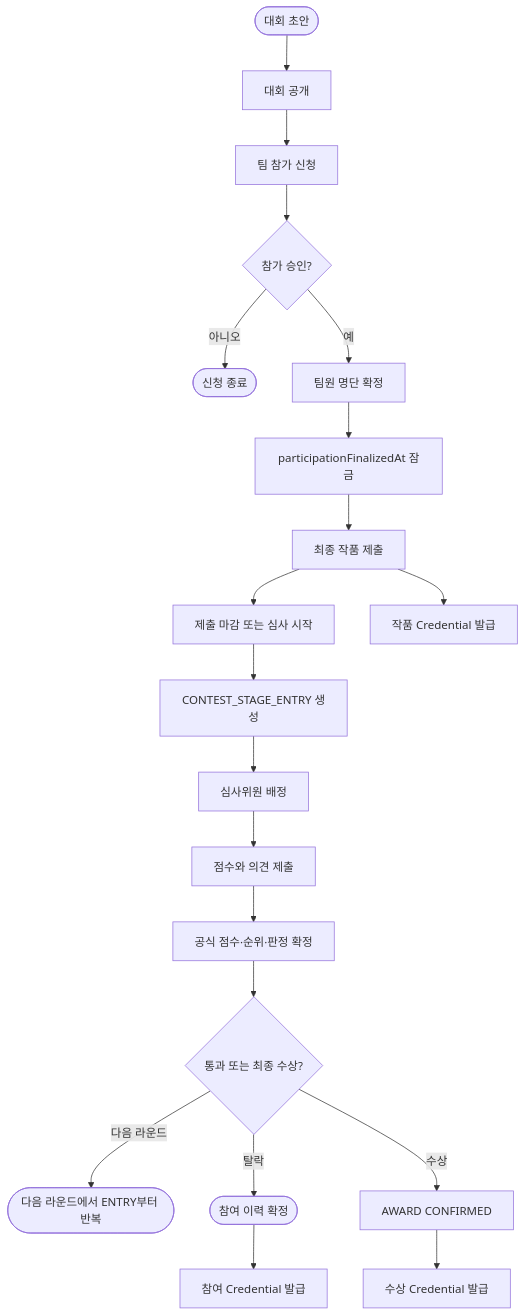
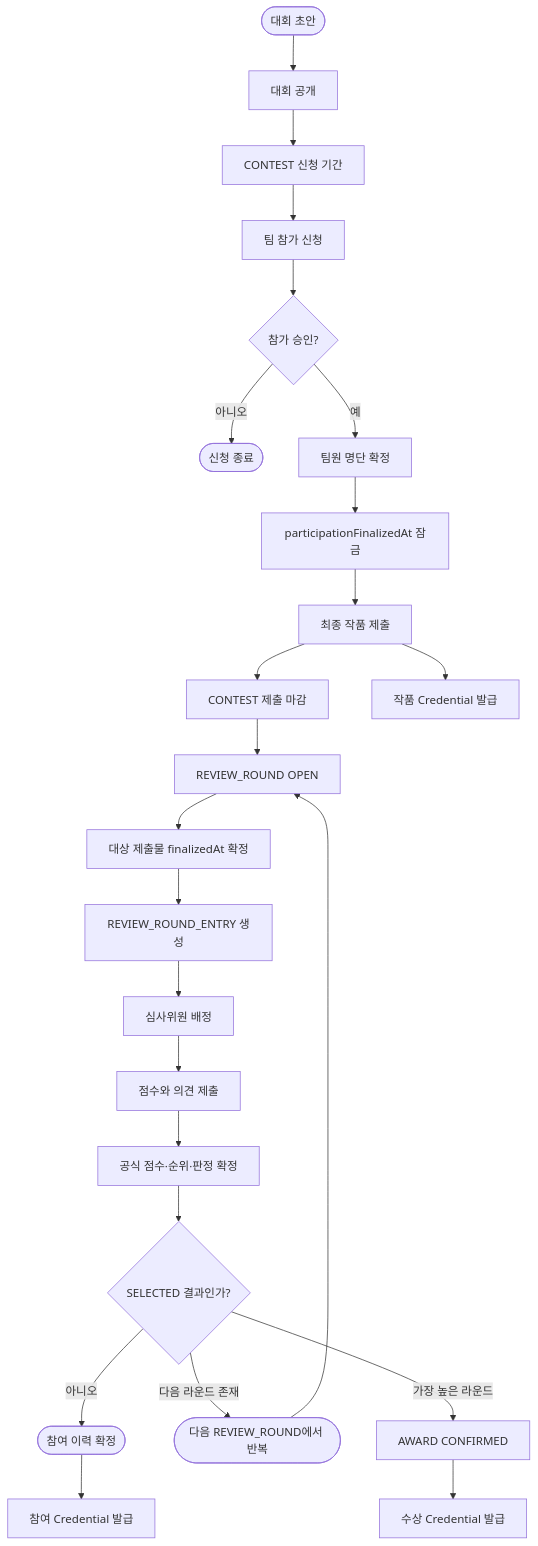
Before and after one commit to Tok-Baro/Trekkey_BackEnd: the sixth of 22 diagrams in docs/architecture-diagrams.md, drawn with Mermaid. The commit also changed other lines of this file and 6 other files, not shown here.

Commit message:
docs: replace contest stages with review rounds

````diff
--- a/docs/architecture-diagrams.md
+++ b/docs/architecture-diagrams.md
@@ -206,22 +208,26 @@
 ```mermaid
 flowchart TD
     contestDraft(["대회 초안"]) --> contestOpen["대회 공개"]
-    contestOpen --> application["팀 참가 신청"]
-    application --> approval{"참가 승인?"}
+    contestOpen --> application["CONTEST 신청 기간"]
+    application --> teamApply["팀 참가 신청"]
+    teamApply --> approval{"참가 승인?"}
     approval -->|"아니오"| rejected(["신청 종료"])
     approval -->|"예"| roster["팀원 명단 확정"]
     roster --> rosterLock["participationFinalizedAt 잠금"]
     rosterLock --> submit["최종 작품 제출"]
-    submit --> submissionLock["제출 마감 또는 심사 시작"]
-    submissionLock --> stageEntry["CONTEST_STAGE_ENTRY 생성"]
-    stageEntry --> judgeAssign["심사위원 배정"]
+    submit --> submissionDue["CONTEST 제출 마감"]
+    submissionDue --> roundOpen["REVIEW_ROUND OPEN"]
+    roundOpen --> submissionLock["대상 제출물 finalizedAt 확정"]
+    submissionLock --> roundEntry["REVIEW_ROUND_ENTRY 생성"]
+    roundEntry --> judgeAssign["심사위원 배정"]
     judgeAssign --> review["점수와 의견 제출"]
     review --> finalize["공식 점수·순위·판정 확정"]
-    finalize --> passed{"통과 또는 최종 수상?"}
-    passed -->|"다음 라운드"| nextStage(["다음 라운드에서 ENTRY부터 반복"])
-    passed -->|"탈락"| finished(["참여 이력 확정"])
-    passed -->|"수상"| award["AWARD CONFIRMED"]
+    finalize --> selected{"SELECTED 결과인가?"}
+    selected -->|"아니오"| finished(["참여 이력 확정"])
+    selected -->|"다음 라운드 존재"| nextRound(["다음 REVIEW_ROUND에서 반복"])
+    nextRound --> roundOpen
+    selected -->|"가장 높은 라운드"| award["AWARD CONFIRMED"]
     finished --> participationCredential["참여 Credential 발급"]
     submit --> workCredential["작품 Credential 발급"]
     award --> awardCredential["수상 Credential 발급"]
 ```
````
